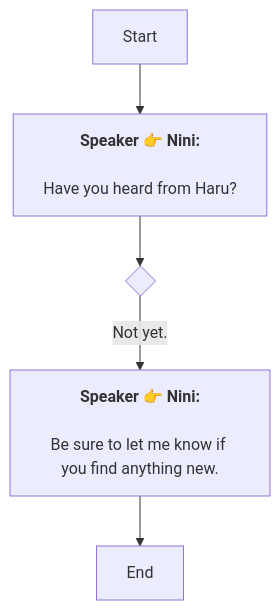
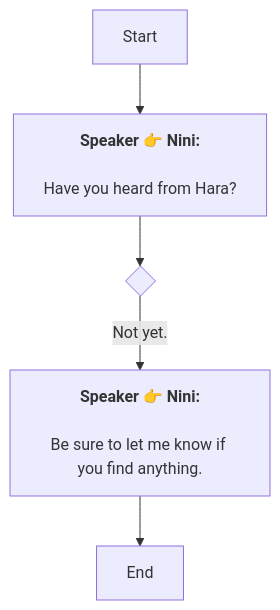
Before and after one commit to SoftHu/tos_avg: the diagram in En/Dialog_55189291498531.md, drawn with Mermaid. The commit also changed 312 other files, not shown here.

````diff
--- a/En/Dialog_55189291498531.md
+++ b/En/Dialog_55189291498531.md
@@ -1,12 +1,12 @@
 ```mermaid
 graph
 Start -->1766057365595963[<b>Speaker 👉 Nini:</b>
 
-Have you heard from Haru?]
+Have you heard from Hara?]
 1766057365595963 -->1766057365596989{ }
 1766057365596989 -->|Not yet.|1766057365596990[<b>Speaker 👉 Nini:</b>
 
-Be sure to let me know if you find anything new.]
+Be sure to let me know if you find anything.]
 1766057365596990 -->1766057365598015[End]
 
  ```
````
